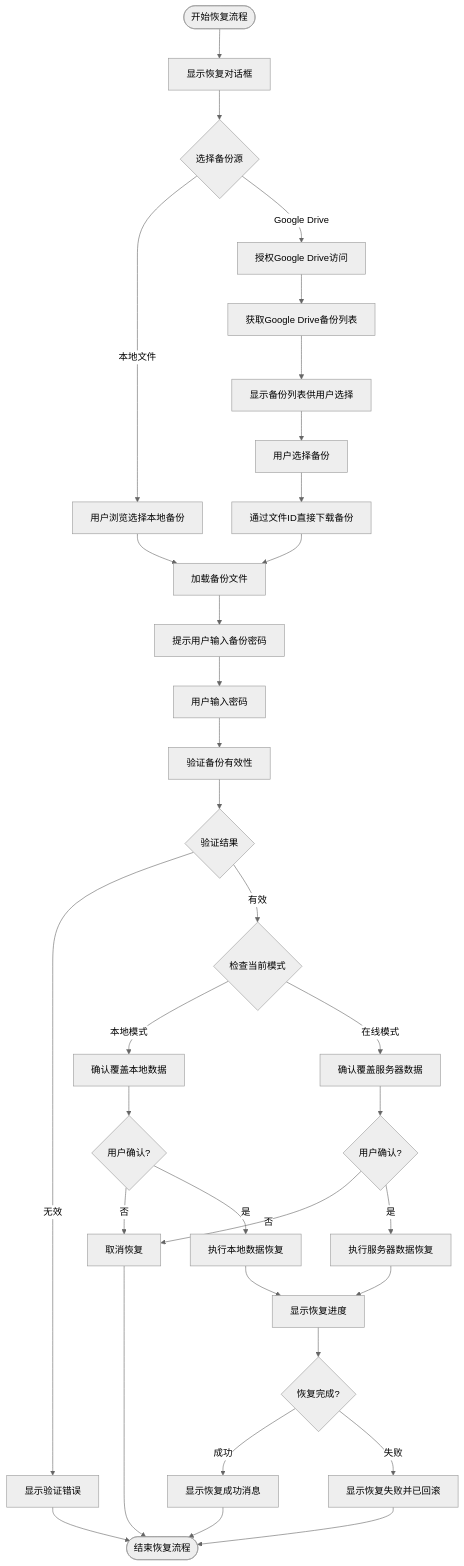
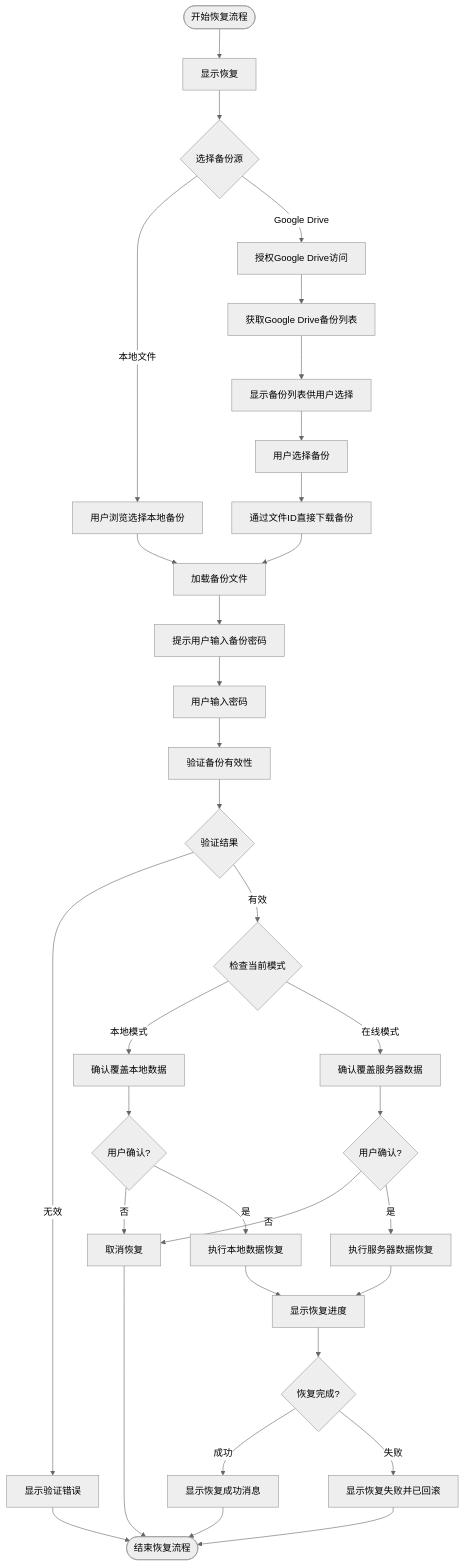
One commit to yingjianzh/iodraw-files changed the diagram in all/未命名-53.md. Above: the diagram before and after it, drawn with Mermaid (neutral theme).

Commit message:
2025-05-09 16:24:38 update

````diff
--- a/all/未命名-53.md
+++ b/all/未命名-53.md
@@ -1,47 +1,47 @@
 ```mermaid
 flowchart TD
-    Start([开始恢复流程]) --> ShowRestoreDialog[显示恢复对话框]
+    Start([开始恢复流程]) --> ShowRestoreDialog[显示恢复]
     ShowRestoreDialog --> SelectSource{选择备份源}
     
     SelectSource -->|本地文件| BrowseLocalFile[用户浏览选择本地备份]
     SelectSource -->|Google Drive| AuthGDrive[授权Google Drive访问]
     
     BrowseLocalFile --> LoadBackupFile[加载备份文件]
     
     AuthGDrive --> FetchBackupList[获取Google Drive备份列表]
     FetchBackupList --> DisplayBackupsList[显示备份列表供用户选择]
     DisplayBackupsList --> UserSelectsBackup[用户选择备份]
     UserSelectsBackup --> DownloadGDriveBackup[通过文件ID直接下载备份]
     DownloadGDriveBackup --> LoadBackupFile
     
     LoadBackupFile --> PromptPassword[提示用户输入备份密码]
     PromptPassword --> UserEntersPassword[用户输入密码]
     UserEntersPassword --> ValidateBackup[验证备份有效性]
     
     ValidateBackup --> ValidationResult{验证结果}
     ValidationResult -->|无效| ShowValidationError[显示验证错误]
     ValidationResult -->|有效| CheckCurrentMode{检查当前模式}
     
     CheckCurrentMode -->|本地模式| ConfirmLocalRestore[确认覆盖本地数据]
     CheckCurrentMode -->|在线模式| ConfirmServerRestore[确认覆盖服务器数据]
     
     ConfirmLocalRestore --> UserConfirm1{用户确认?}
     UserConfirm1 -->|否| CancelRestore[取消恢复]
     UserConfirm1 -->|是| ExecuteLocalRestore[执行本地数据恢复]
     
     ConfirmServerRestore --> UserConfirm2{用户确认?}
     UserConfirm2 -->|否| CancelRestore
     UserConfirm2 -->|是| ExecuteServerRestore[执行服务器数据恢复]
     
     ExecuteLocalRestore --> ShowProgress[显示恢复进度]
     ExecuteServerRestore --> ShowProgress
     
     ShowProgress --> RestoreComplete{恢复完成?}
     RestoreComplete -->|成功| ShowSuccess[显示恢复成功消息]
     RestoreComplete -->|失败| ShowFailure[显示恢复失败并已回滚]
     
     ShowSuccess --> End([结束恢复流程])
     ShowFailure --> End
     ShowValidationError --> End
     CancelRestore --> End
 ```
````
